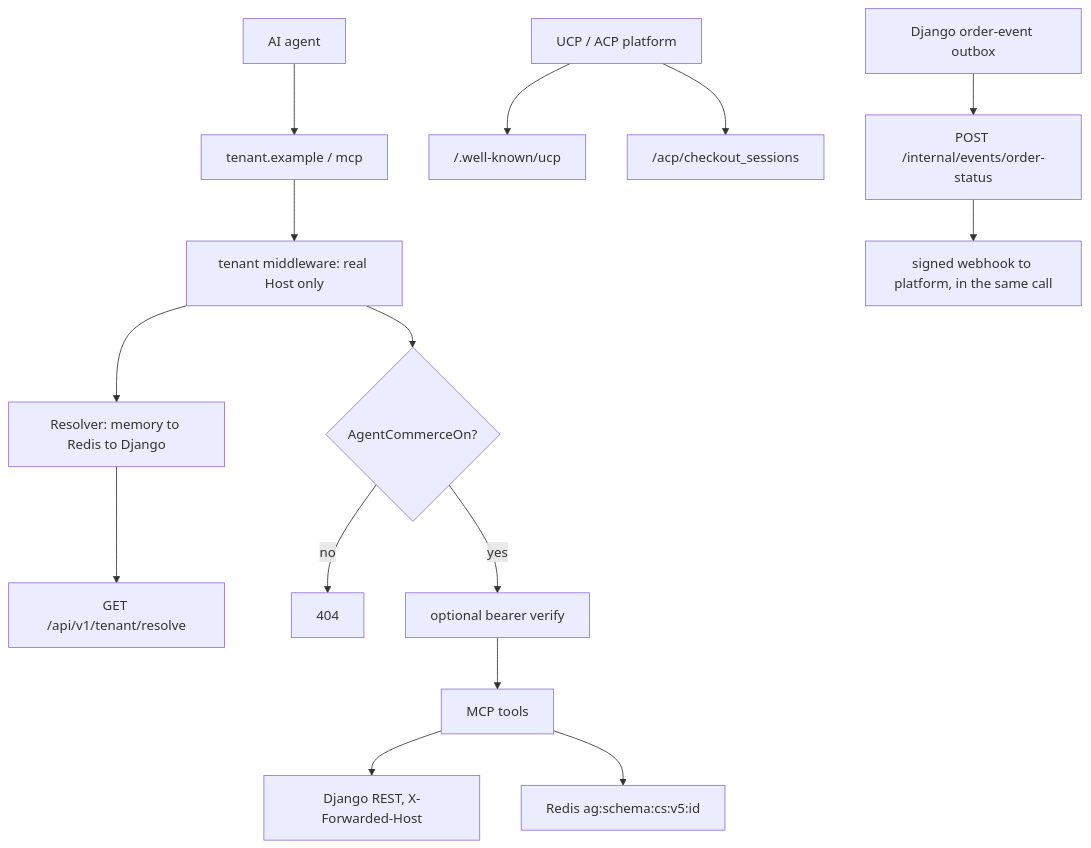
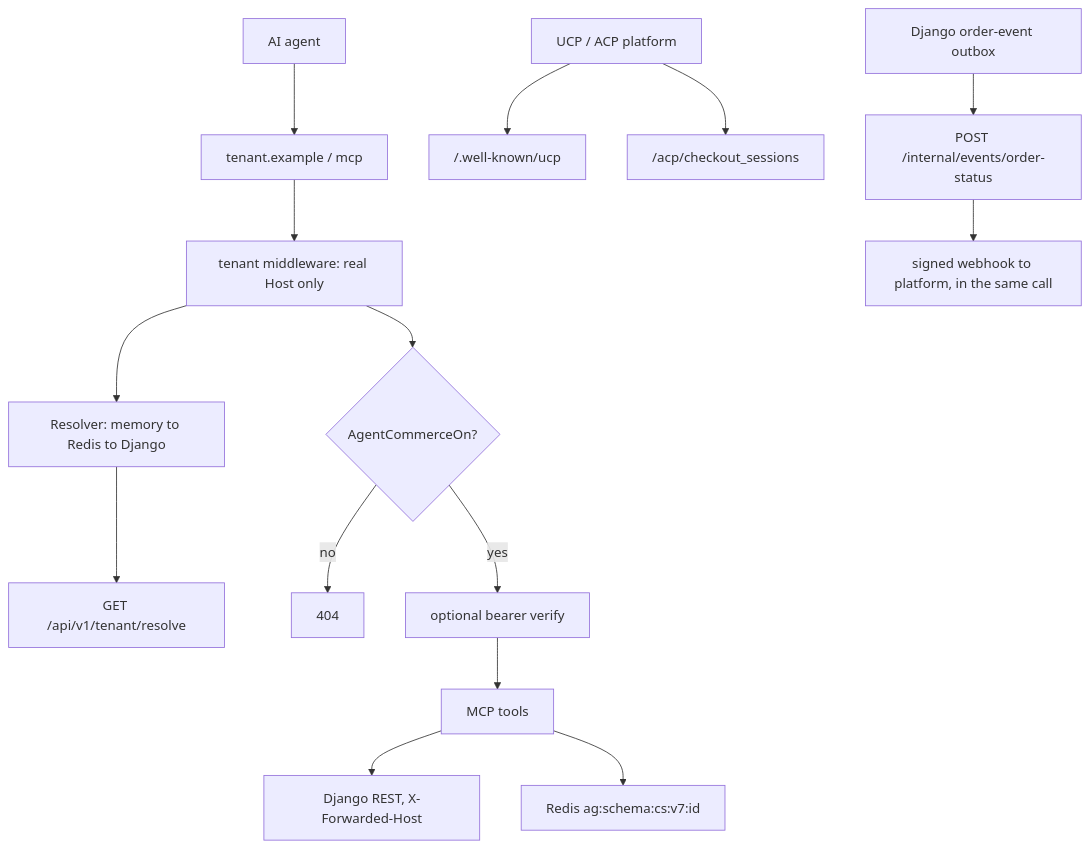
The diagram in src/dev/flows/agentic-commerce.md (vasilistotskas/grooveshop-docs), drawn with Mermaid before and after one commit. The commit also changed other lines of this file and 21 other files, not shown here.

````diff
--- a/src/dev/flows/agentic-commerce.md
+++ b/src/dev/flows/agentic-commerce.md
@@ -28,18 +28,18 @@
 ```mermaid
 flowchart TD
   Agent["AI agent"] --> Host["tenant.example / mcp"]
   Host --> MW["tenant middleware: real Host only"]
   MW --> Res["Resolver: memory to Redis to Django"]
   Res --> Django["GET /api/v1/tenant/resolve"]
   MW --> Gate{"AgentCommerceOn?"}
   Gate -- "no" --> NF["404"]
   Gate -- "yes" --> Ident["optional bearer verify"]
   Ident --> Tools["MCP tools"]
   Tools --> API["Django REST, X-Forwarded-Host"]
-  Tools --> Sess["Redis ag:schema:cs:v5:id"]
+  Tools --> Sess["Redis ag:schema:cs:v7:id"]
 
   Platform["UCP / ACP platform"] --> Profile["/.well-known/ucp"]
   Platform --> ACP["/acp/checkout_sessions"]
   DJ["Django order-event outbox"] --> Int["POST /internal/events/order-status"]
   Int --> Hook["signed webhook to platform, in the same call"]
 ```
````
